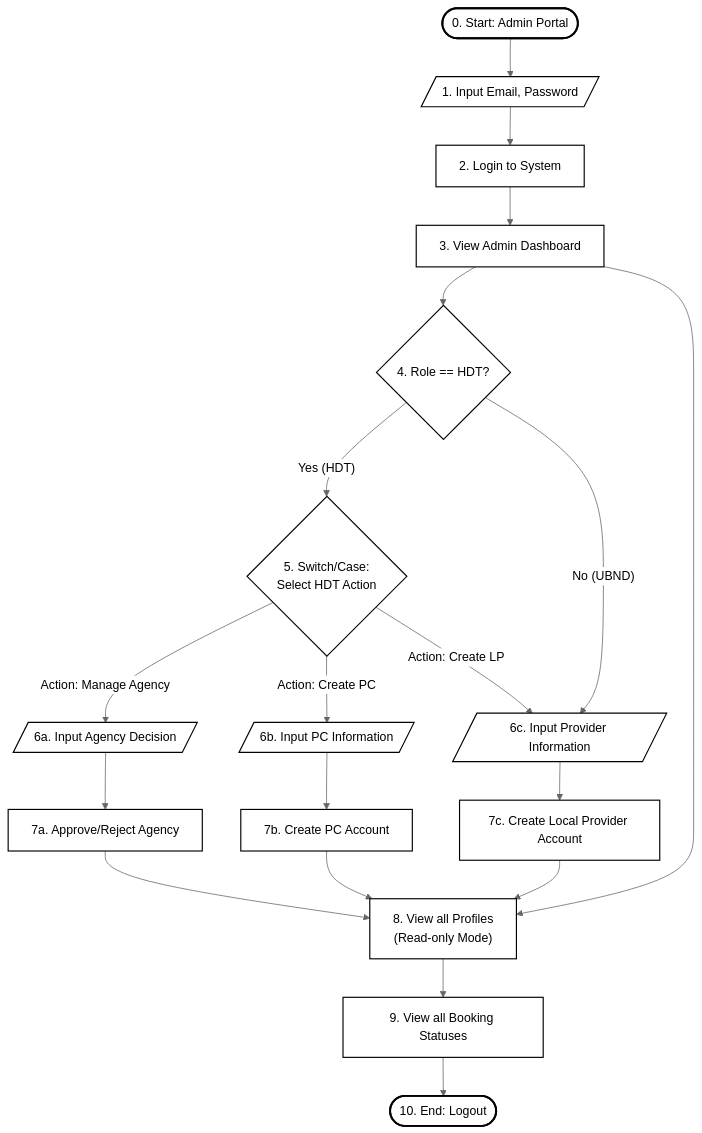
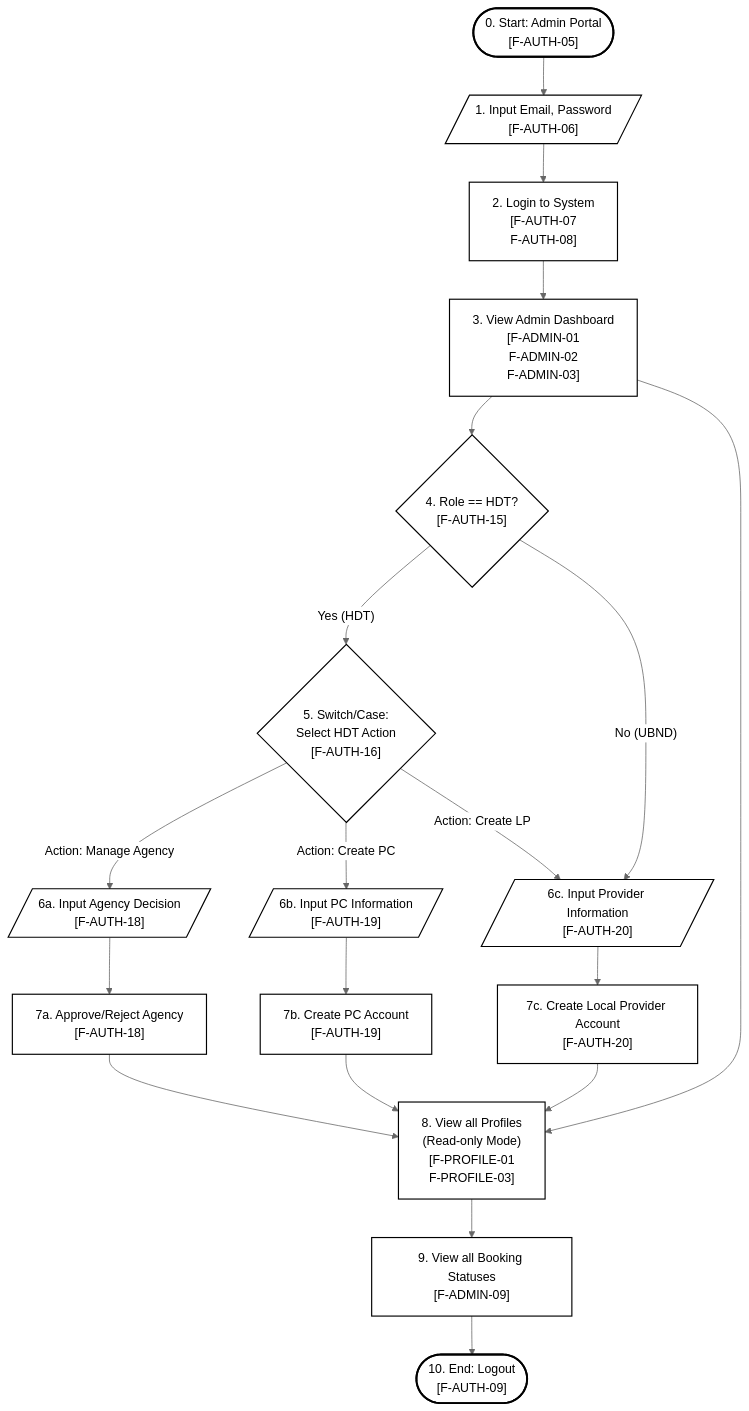
The second of 4 diagrams in docs/spec/docs/architecture/usage flow.md (JustACertainBlue/dbiz3-team-g), drawn with Mermaid (neutral theme) before and after one commit. The commit also changed other lines of this file, not shown here.

````diff
--- a/docs/spec/docs/architecture/usage flow.md
+++ b/docs/spec/docs/architecture/usage flow.md
@@ -26,36 +25,34 @@
 ```mermaid
 graph TD
   classDef default fill:#FFFFFF,stroke:#000000,stroke-width:1.5px,color:#000000;
   classDef startend fill:#FFFFFF,stroke:#000000,stroke-width:2.5px,color:#000000;
-  A_Start(["0. Start: Admin Portal"])
-  A1[/"1. Input Email, Password"/]
-  A2["2. Login to System"]
-  A3["3. View Admin Dashboard"]
-  %% Binary Decision for Role
-  A4{"4. Role == HDT?"}
-  %% Switch/Case for HDT Actions
-  A5{"5. Switch/Case:\nSelect HDT Action"}
-  A6[/"6a. Input Agency Decision"/]
-  A7["7a. Approve/Reject Agency"]
-  A8[/"6b. Input PC Information"/]
-  A9["7b. Create PC Account"]
-  A10[/"6c. Input Provider Information"/]
-  A11["7c. Create Local Provider Account"]
-  A12["8. View all Profiles\n(Read-only Mode)"]
-  A13["9. View all Booking Statuses"]
-  A_End(["10. End: Logout"])
+  A_Start(["0. Start: Admin Portal\n[F-AUTH-05]"])
+  A1[/"1. Input Email, Password\n[F-AUTH-06]"/]
+  A2["2. Login to System\n[F-AUTH-07\nF-AUTH-08]"]
+  A3["3. View Admin Dashboard\n[F-ADMIN-01\nF-ADMIN-02\nF-ADMIN-03]"]
+  A4{"4. Role == HDT?\n[F-AUTH-15]"}
+  A5{"5. Switch/Case:\nSelect HDT Action\n[F-AUTH-16]"}
+  A6[/"6a. Input Agency Decision\n[F-AUTH-18]"/]
+  A7["7a. Approve/Reject Agency\n[F-AUTH-18]"]
+  A8[/"6b. Input PC Information\n[F-AUTH-19]"/]
+  A9["7b. Create PC Account\n[F-AUTH-19]"]
+  A10[/"6c. Input Provider Information\n[F-AUTH-20]"/]
+  A11["7c. Create Local Provider Account\n[F-AUTH-20]"]
+  A12["8. View all Profiles\n(Read-only Mode)\n[F-PROFILE-01\nF-PROFILE-03]"]
+  A13["9. View all Booking Statuses\n[F-ADMIN-09]"]
+  A_End(["10. End: Logout\n[F-AUTH-09]"])
   A_Start --> A1 --> A2 --> A3 --> A4
   %% HDT Branch
   A4 -- "Yes (HDT)" --> A5
   A5 -- "Action: Manage Agency" --> A6 --> A7
   A5 -- "Action: Create PC" --> A8 --> A9
   A5 -- "Action: Create LP" --> A10 --> A11
   %% UBND Branch
   A4 -- "No (UBND)" --> A10
   %% Convergence
   A7 --> A12
   A9 --> A12
   A11 --> A12
   A3 --> A12 --> A13 --> A_End
   class A_Start,A_End startend;
 ```
````
